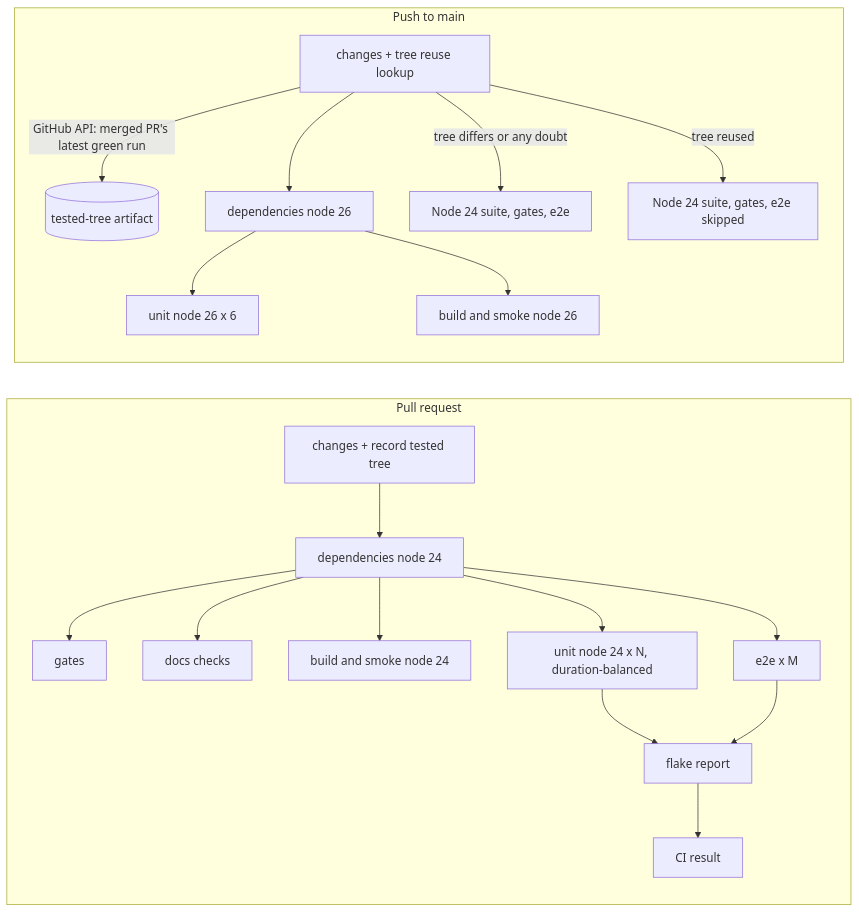
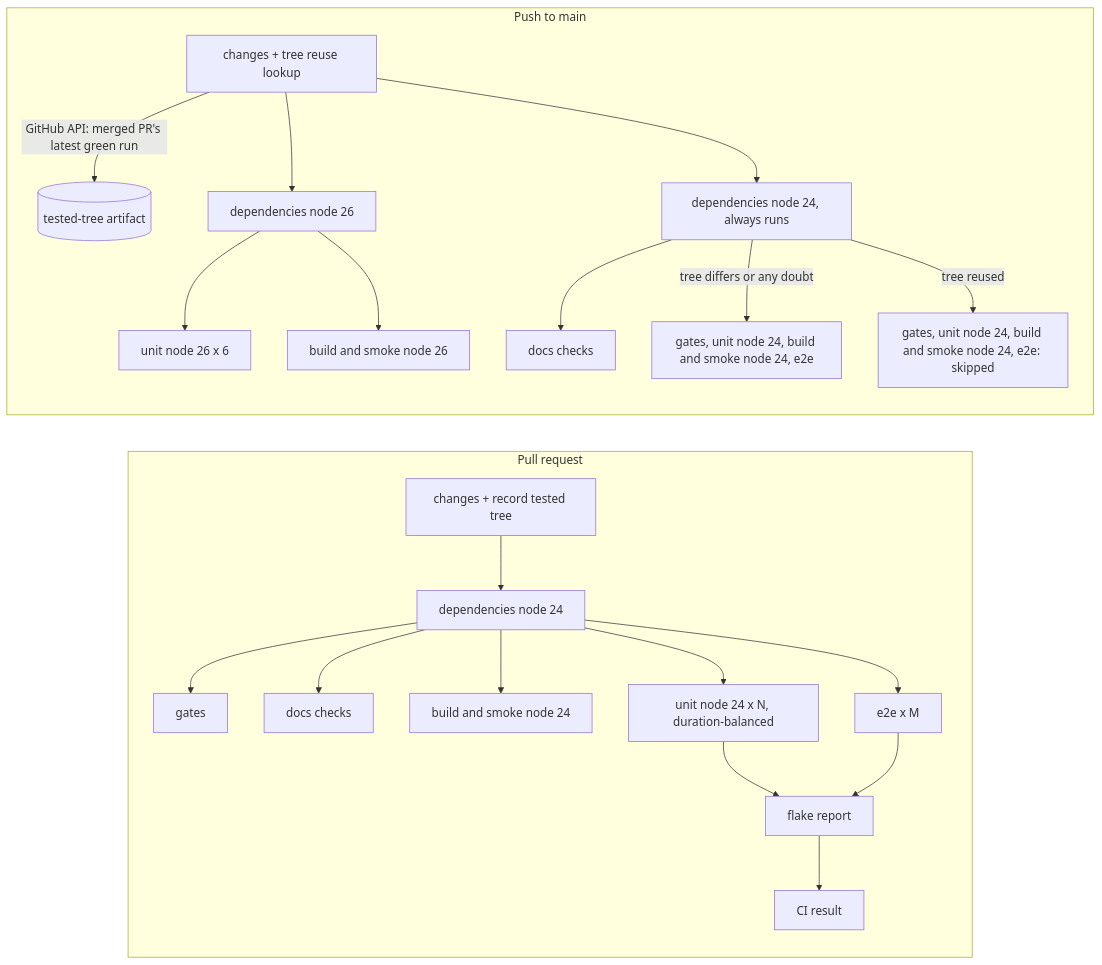
The diagram in docs/plans/ci-time-to-green/plan.md (ramiro314/mission-control), drawn with Mermaid before and after one commit. The commit also changed other lines of this file and 2 other files, not shown here.

Commit message:
docs(plans): keep dependencies-node-24 running on a reused main push and order the timings bootstrap

````diff
--- a/docs/plans/ci-time-to-green/plan.md
+++ b/docs/plans/ci-time-to-green/plan.md
@@ -76,22 +76,24 @@
 ```mermaid
 flowchart LR
   subgraph PR["Pull request"]
     c1[changes + record tested tree] --> d24[dependencies node 24]
     d24 --> g[gates]
     d24 --> dc[docs checks]
     d24 --> bs24[build and smoke node 24]
     d24 --> u24[unit node 24 x N, duration-balanced]
     d24 --> e2e[e2e x M]
     u24 --> fr[flake report]
     e2e --> fr
     fr --> cr[CI result]
   end
   subgraph MAIN["Push to main"]
     c2[changes + tree reuse lookup] -->|GitHub API: merged PR's latest green run| gh[(tested-tree artifact)]
     c2 --> d26[dependencies node 26]
     d26 --> u26[unit node 26 x 6]
     d26 --> bs26[build and smoke node 26]
-    c2 -->|tree differs or any doubt| full[Node 24 suite, gates, e2e]
-    c2 -->|tree reused| skip[Node 24 suite, gates, e2e skipped]
+    c2 --> d24m[dependencies node 24, always runs]
+    d24m --> dcm[docs checks]
+    d24m -->|tree differs or any doubt| full[gates, unit node 24, build and smoke node 24, e2e]
+    d24m -->|tree reused| skip[gates, unit node 24, build and smoke node 24, e2e: skipped]
   end
 ```
````
